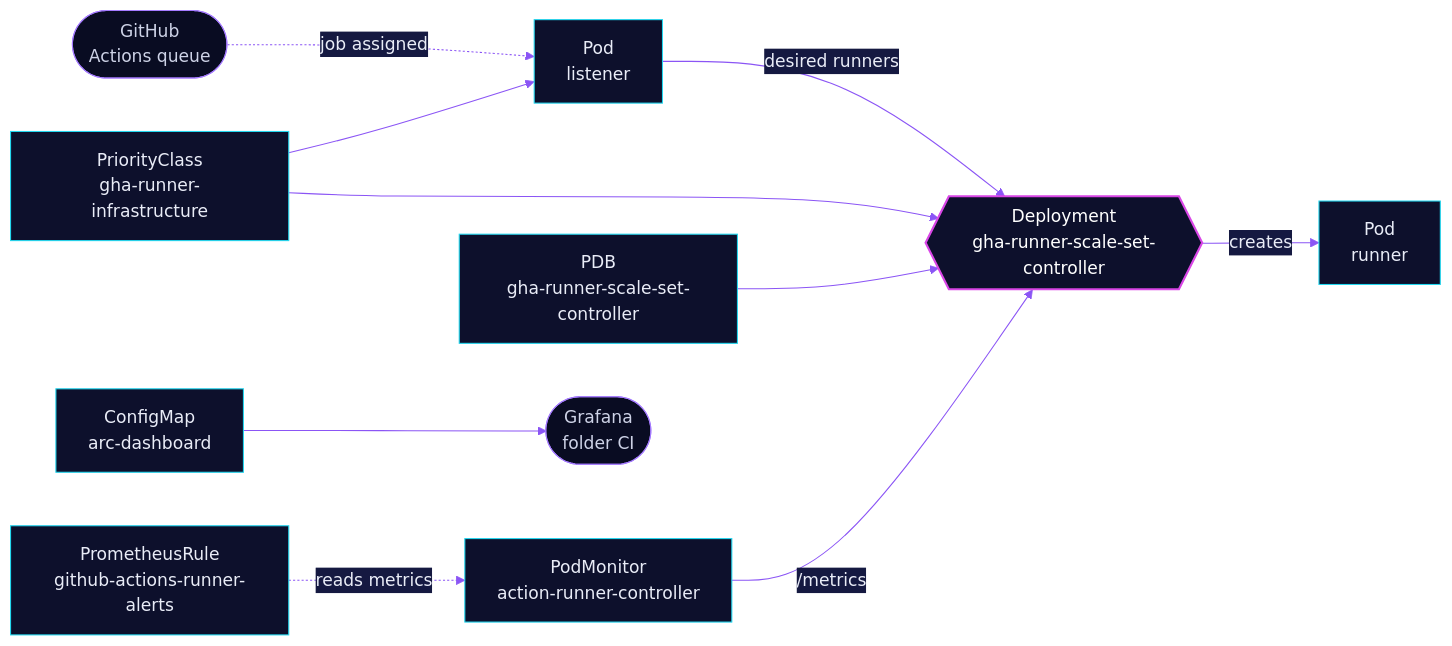
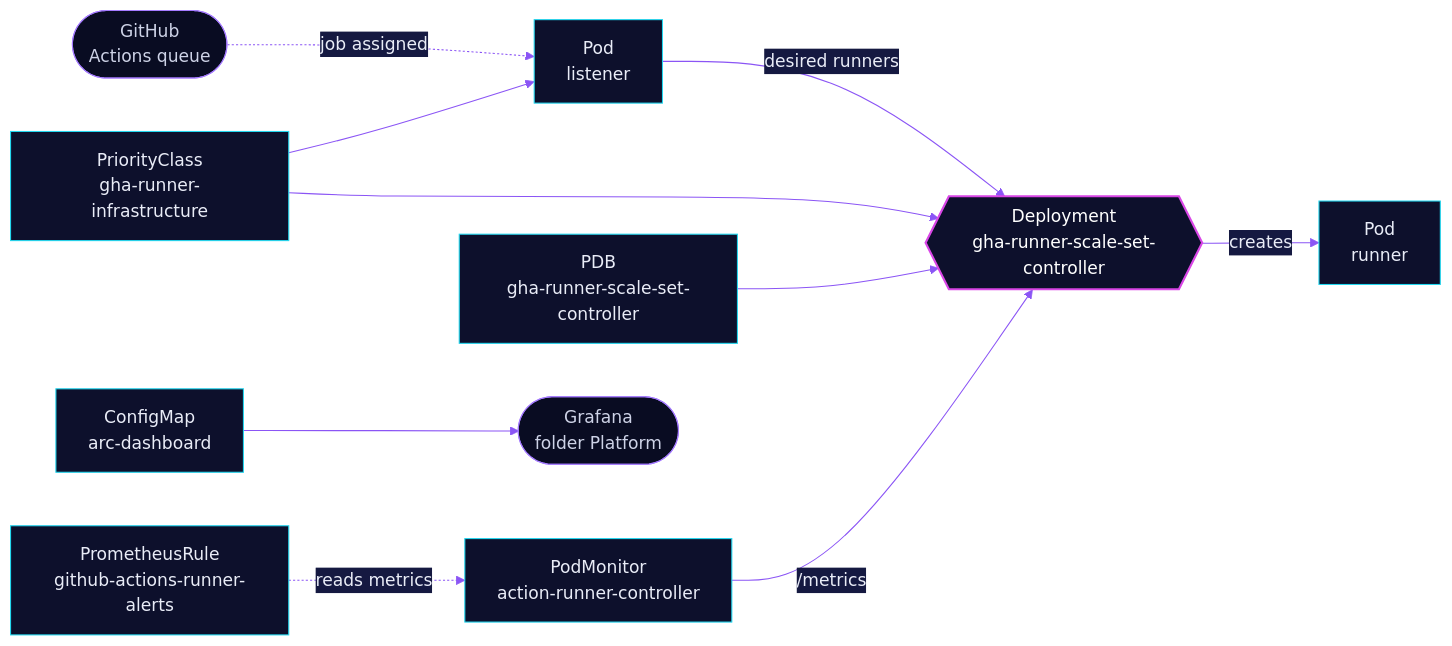
The diagram in kubernetes/apps/base/actions-runner-system/gha-runner-scale-set-controller/README.md (skrumbach/home-ops), drawn with Mermaid before and after one commit. The commit also changed other lines of this file and 30 other files, not shown here.

````diff
--- a/kubernetes/apps/base/actions-runner-system/gha-runner-scale-set-controller/README.md
+++ b/kubernetes/apps/base/actions-runner-system/gha-runner-scale-set-controller/README.md
@@ -31,17 +31,17 @@
 ```mermaid
 %%{init: {'theme':'base','themeVariables':{'primaryColor':'#0D102C','primaryTextColor':'#E9ECF7','primaryBorderColor':'#22D8F0','lineColor':'#8B55F5','secondaryColor':'#151941','tertiaryColor':'#090C22','edgeLabelBackground':'#151941'}}}%%
 flowchart LR
   gh(["GitHub<br/>Actions queue"]) -.->|job assigned| lis["Pod<br/>listener"]
   lis -->|desired runners| ctl{{"Deployment<br/>gha-runner-scale-set-controller"}}
   ctl -->|creates| run["Pod<br/>runner"]
   pc["PriorityClass<br/>gha-runner-infrastructure"] --> ctl
   pc --> lis
   pdb["PDB<br/>gha-runner-scale-set-controller"] --> ctl
   pm["PodMonitor<br/>action-runner-controller"] -->|"/metrics"| ctl
   rule["PrometheusRule<br/>github-actions-runner-alerts"] -.->|reads metrics| pm
-  cm["ConfigMap<br/>arc-dashboard"] --> gf(["Grafana<br/>folder CI"])
+  cm["ConfigMap<br/>arc-dashboard"] --> gf(["Grafana<br/>folder Platform"])
   classDef accent fill:#0D102C,stroke:#D946E6,stroke-width:2px,color:#FFFFFF
   classDef ext fill:#090C22,stroke:#A57BFF,color:#CDD2E6
   class ctl accent
   class gh,gf ext
 ```
````
